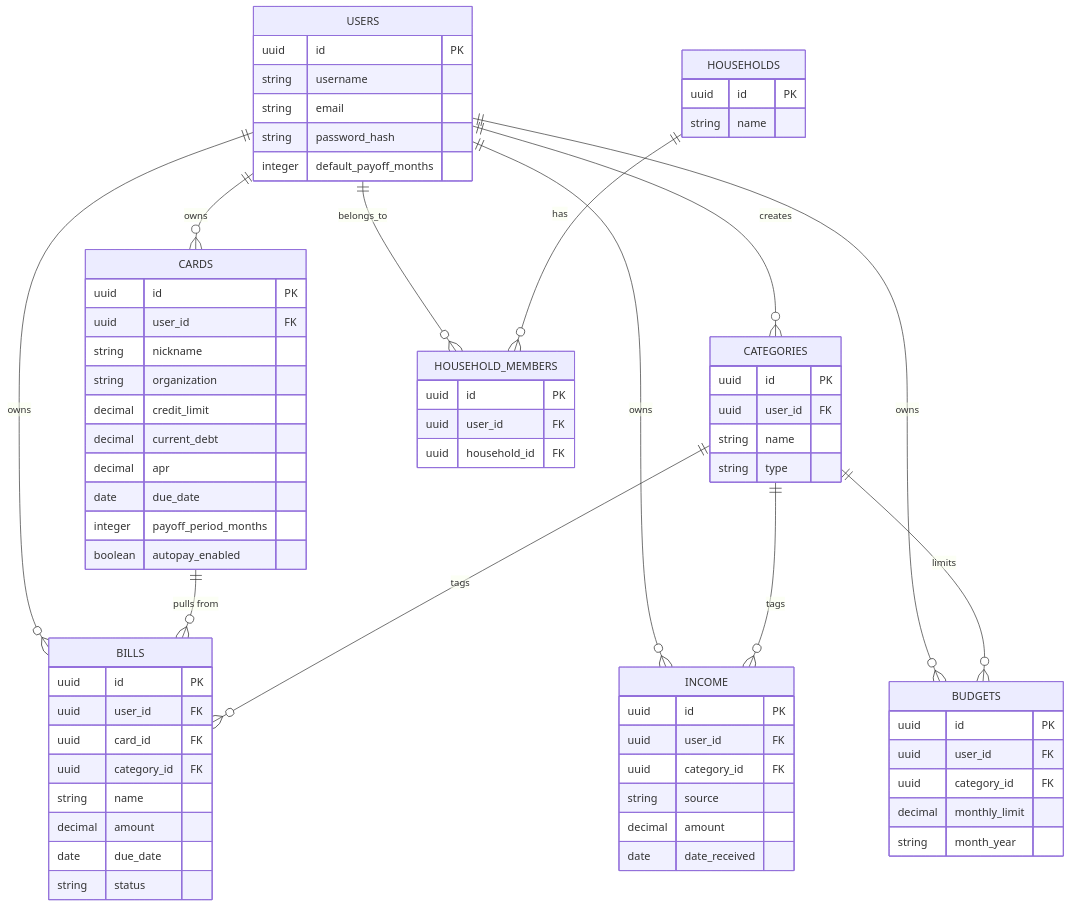
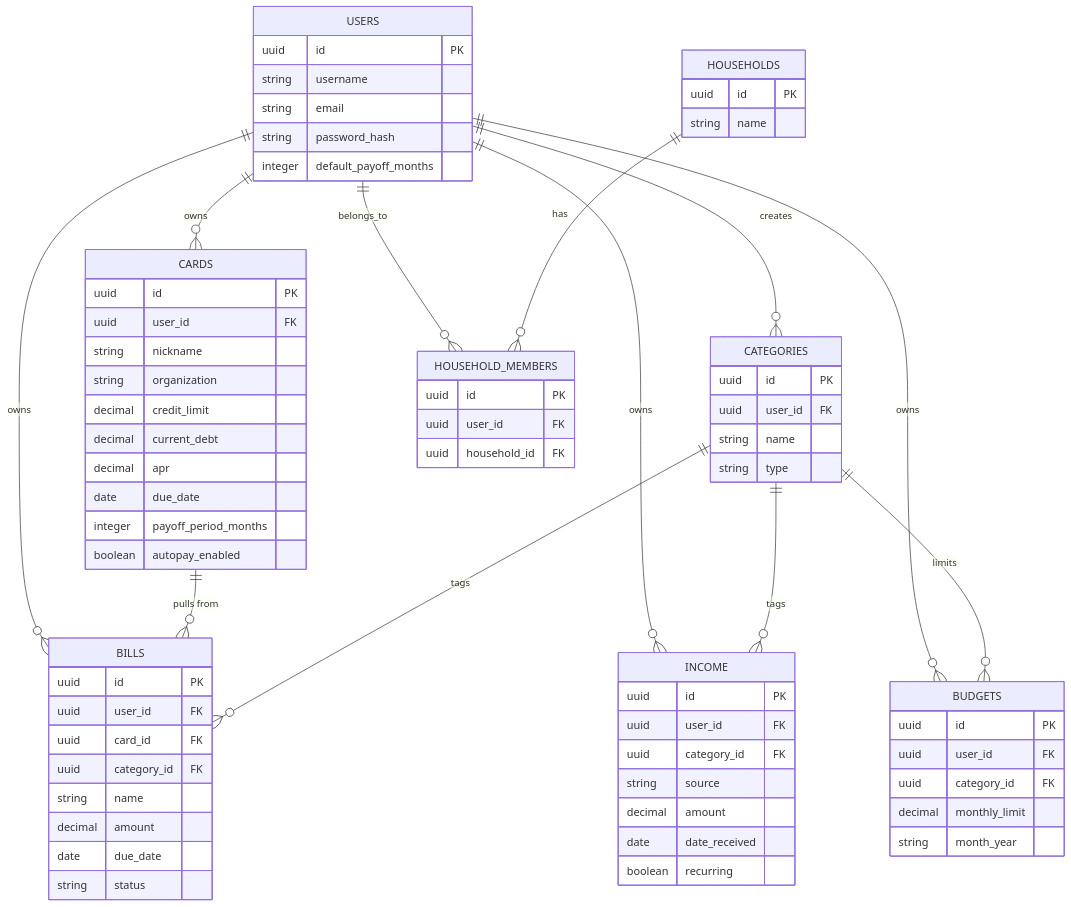
One commit to JAugustineFlory/WealthSight changed the diagram in README.md. Above: the diagram before and after it, drawn with Mermaid. The commit also changed other lines of this file and 34 other files, not shown here.

````diff
--- a/README.md
+++ b/README.md
@@ -117,74 +118,75 @@
 ```mermaid
 erDiagram
   USERS ||--o{ CATEGORIES : creates
   USERS ||--o{ CARDS : owns
   USERS ||--o{ BILLS : owns
   USERS ||--o{ INCOME : owns
   USERS ||--o{ BUDGETS : owns
   CARDS ||--o{ BILLS : "pulls from"
   CATEGORIES ||--o{ BILLS : tags
   CATEGORIES ||--o{ INCOME : tags
   CATEGORIES ||--o{ BUDGETS : limits
   USERS ||--o{ HOUSEHOLD_MEMBERS : belongs_to
   HOUSEHOLDS ||--o{ HOUSEHOLD_MEMBERS : has
 
   USERS {
     uuid id PK
     string username
     string email
     string password_hash
     integer default_payoff_months
   }
   CATEGORIES {
     uuid id PK
     uuid user_id FK
     string name
     string type
   }
   CARDS {
     uuid id PK
     uuid user_id FK
     string nickname
     string organization
     decimal credit_limit
     decimal current_debt
     decimal apr
     date due_date
     integer payoff_period_months
     boolean autopay_enabled
   }
   BILLS {
     uuid id PK
     uuid user_id FK
     uuid card_id FK
     uuid category_id FK
     string name
     decimal amount
     date due_date
     string status
   }
   INCOME {
     uuid id PK
     uuid user_id FK
     uuid category_id FK
     string source
     decimal amount
     date date_received
+    boolean recurring
   }
   BUDGETS {
     uuid id PK
     uuid user_id FK
     uuid category_id FK
     decimal monthly_limit
     string month_year
   }
   HOUSEHOLDS {
     uuid id PK
     string name
   }
   HOUSEHOLD_MEMBERS {
     uuid id PK
     uuid user_id FK
     uuid household_id FK
   }
 ```
````
